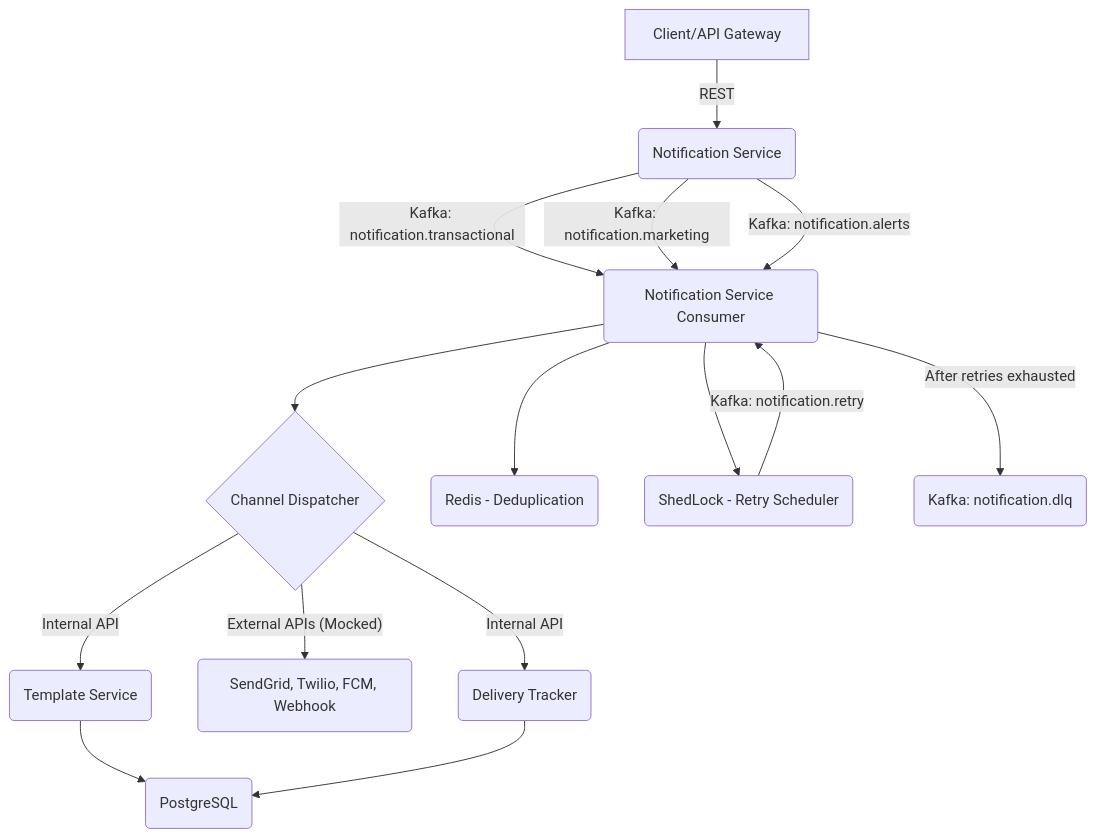
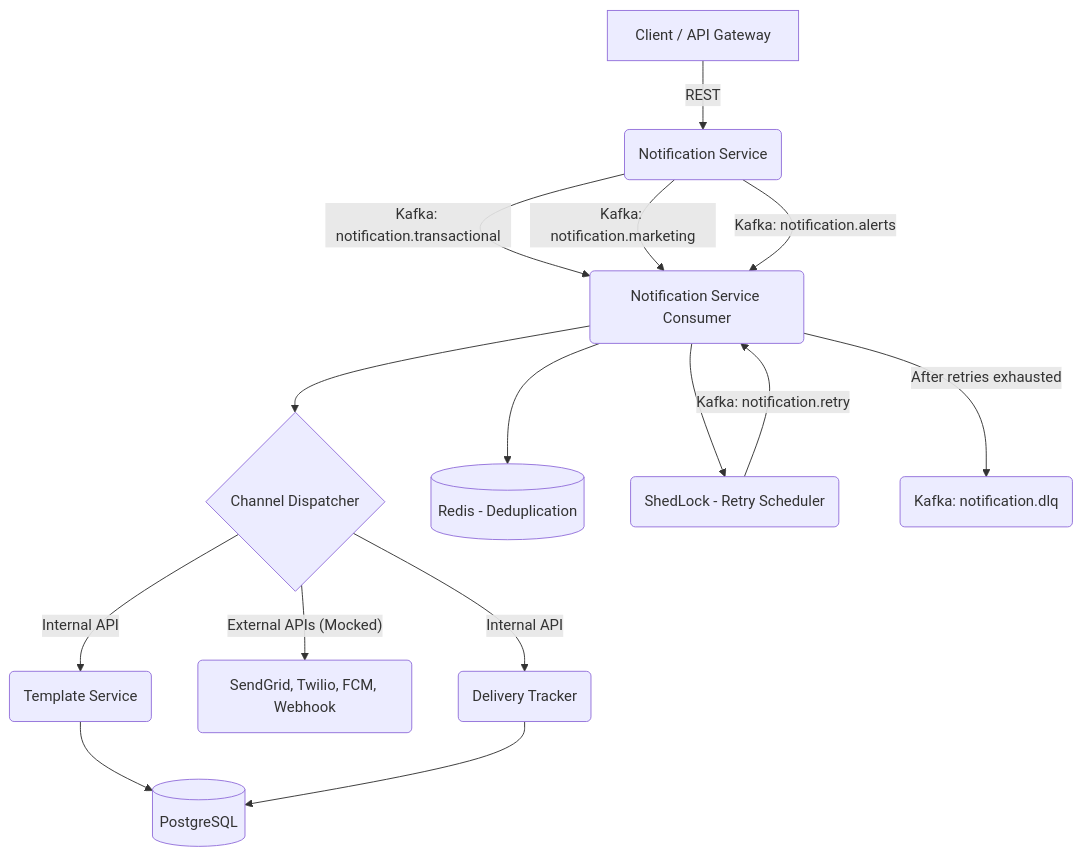
The first of 5 diagrams in README.md (abhim8/notification-platform), drawn with Mermaid before and after one commit. The commit also changed other lines of this file and 7 other files, not shown here.

````diff
--- a/README.md
+++ b/README.md
@@ -19,17 +66,17 @@
 ```mermaid
 graph TD
-    A[Client/API Gateway] -->|REST| B(Notification Service)
+    A[Client / API Gateway] -->|REST| B(Notification Service)
     B -->|Kafka: notification.transactional| C(Notification Service Consumer)
     B -->|Kafka: notification.marketing| C
     B -->|Kafka: notification.alerts| C
     C --> D{Channel Dispatcher}
     D -->|Internal API| E(Template Service)
-    E --> H(PostgreSQL)
+    E --> H[(PostgreSQL)]
     D -->|"External APIs (Mocked)"| F(SendGrid, Twilio, FCM, Webhook)
     D -->|Internal API| G(Delivery Tracker)
-    G --> H(PostgreSQL)
-    C --> I(Redis - Deduplication)
+    G --> H[(PostgreSQL)]
+    C --> I[(Redis - Deduplication)]
     C --> J(ShedLock - Retry Scheduler)
     J -->|Kafka: notification.retry| C
     C -->|After retries exhausted| K(Kafka: notification.dlq)
 ```
````
